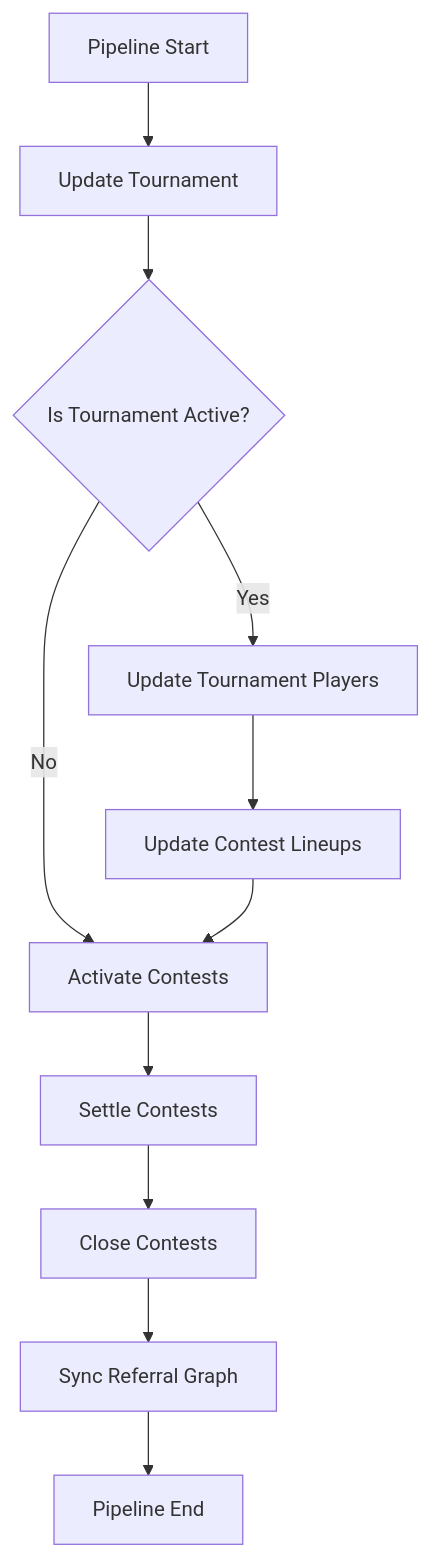
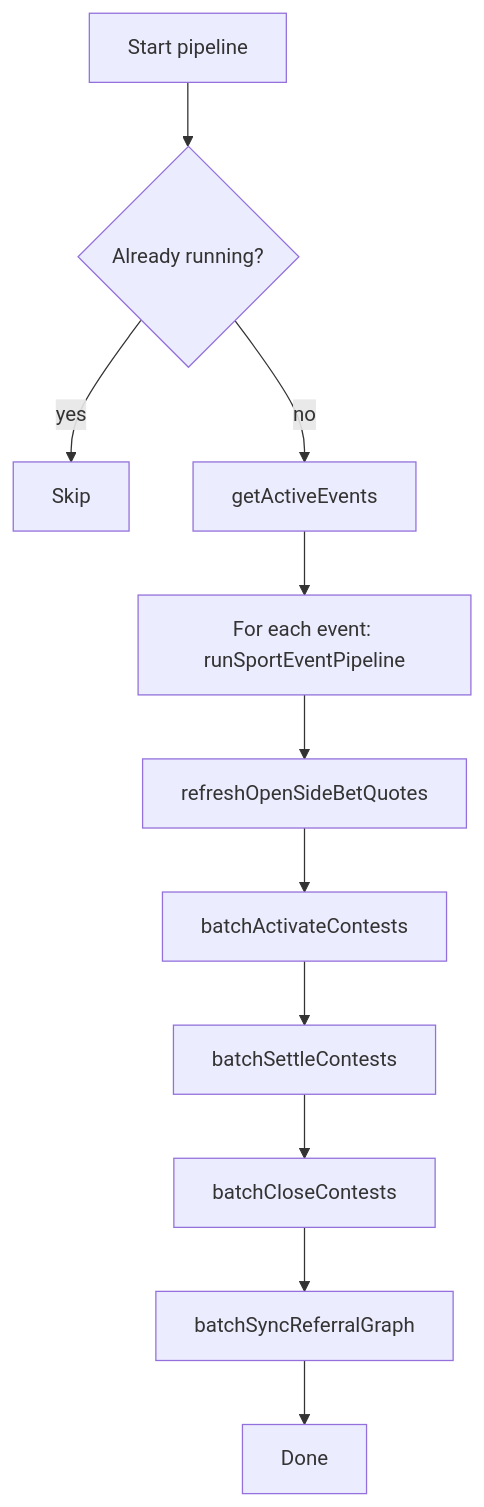
The diagram in spec/server/cron.md (MagRelo/cut), drawn with Mermaid before and after one commit. The commit also changed other lines of this file and 214 other files, not shown here.

First line of the commit message:
Refactor platform architecture and enhance contest functionality

````diff
--- a/spec/server/cron.md
+++ b/spec/server/cron.md
@@ -21,13 +12,13 @@
 ```mermaid
 flowchart TD
-    Start[Pipeline Start] --> UpdateTournament[Update Tournament]
-    UpdateTournament --> CheckActive{Is Tournament Active?}
-    CheckActive -->|Yes| UpdatePlayers[Update Tournament Players]
-    CheckActive -->|No| ActivateContests[Activate Contests]
-    UpdatePlayers --> UpdateLineups[Update Contest Lineups]
-    UpdateLineups --> ActivateContests
-    ActivateContests --> SettleContests[Settle Contests]
-    SettleContests --> CloseContests[Close Contests]
-    CloseContests --> SyncReferral[Sync Referral Graph]
-    SyncReferral --> End[Pipeline End]
+  A[Start pipeline] --> B{Already running?}
+  B -->|yes| Z[Skip]
+  B -->|no| C[getActiveEvents]
+  C --> D[For each event: runSportEventPipeline]
+  D --> E[refreshOpenSideBetQuotes]
+  E --> F[batchActivateContests]
+  F --> G[batchSettleContests]
+  G --> H[batchCloseContests]
+  H --> I[batchSyncReferralGraph]
+  I --> J[Done]
 ```
````
